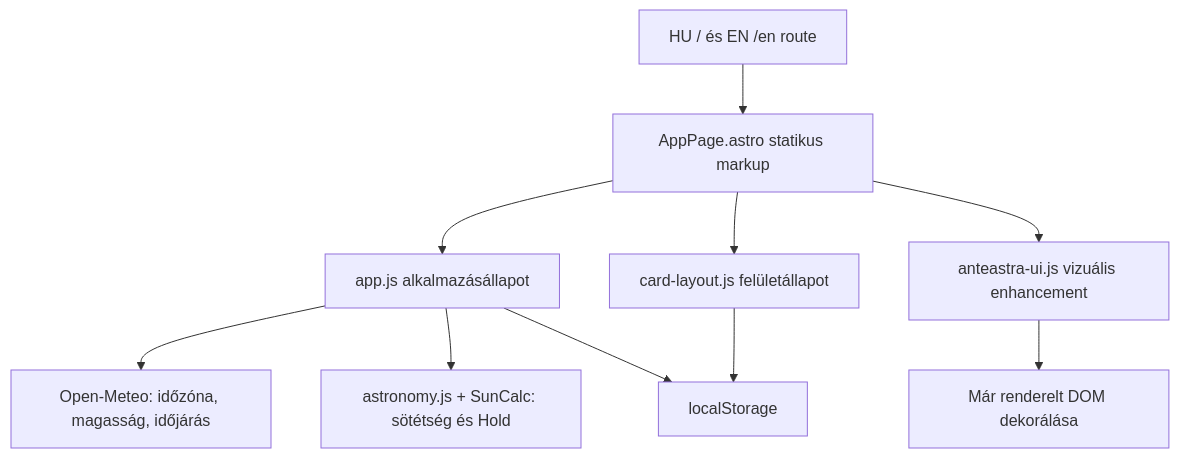
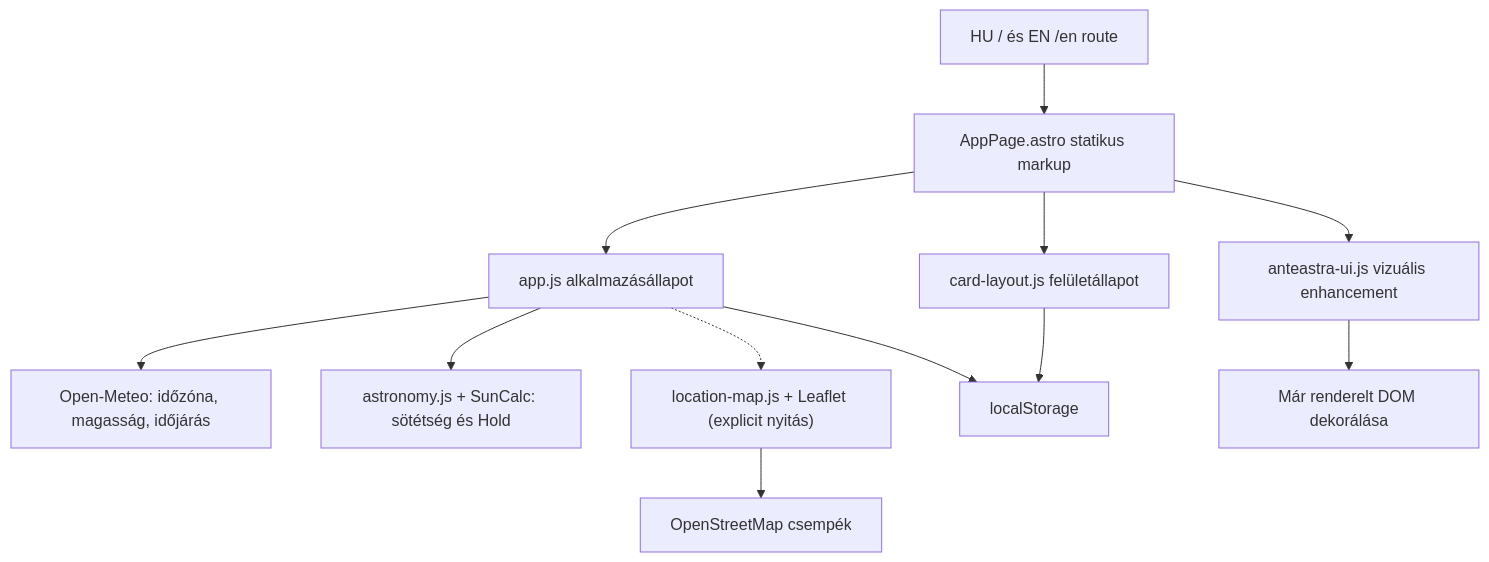
The diagram in DEVELOPMENT.md (paranoira/anteastra), drawn with Mermaid before and after one commit. The commit also changed other lines of this file and 11 other files, not shown here.

First line of the commit message:
Add map location picker (#13)

````diff
--- a/DEVELOPMENT.md
+++ b/DEVELOPMENT.md
@@ -82,12 +84,14 @@
 ```mermaid
 flowchart TD
   Routes["HU / és EN /en route"] --> Page["AppPage.astro statikus markup"]
   Page --> App["app.js alkalmazásállapot"]
   Page --> Layout["card-layout.js felületállapot"]
   Page --> Enhance["anteastra-ui.js vizuális enhancement"]
   App --> Weather["Open-Meteo: időzóna, magasság, időjárás"]
   App --> Astro["astronomy.js + SunCalc: sötétség és Hold"]
+  App -.-> Map["location-map.js + Leaflet (explicit nyitás)"]
+  Map --> Tiles["OpenStreetMap csempék"]
   App --> Storage["localStorage"]
   Layout --> Storage
   Enhance --> Dom["Már renderelt DOM dekorálása"]
 ```
````
